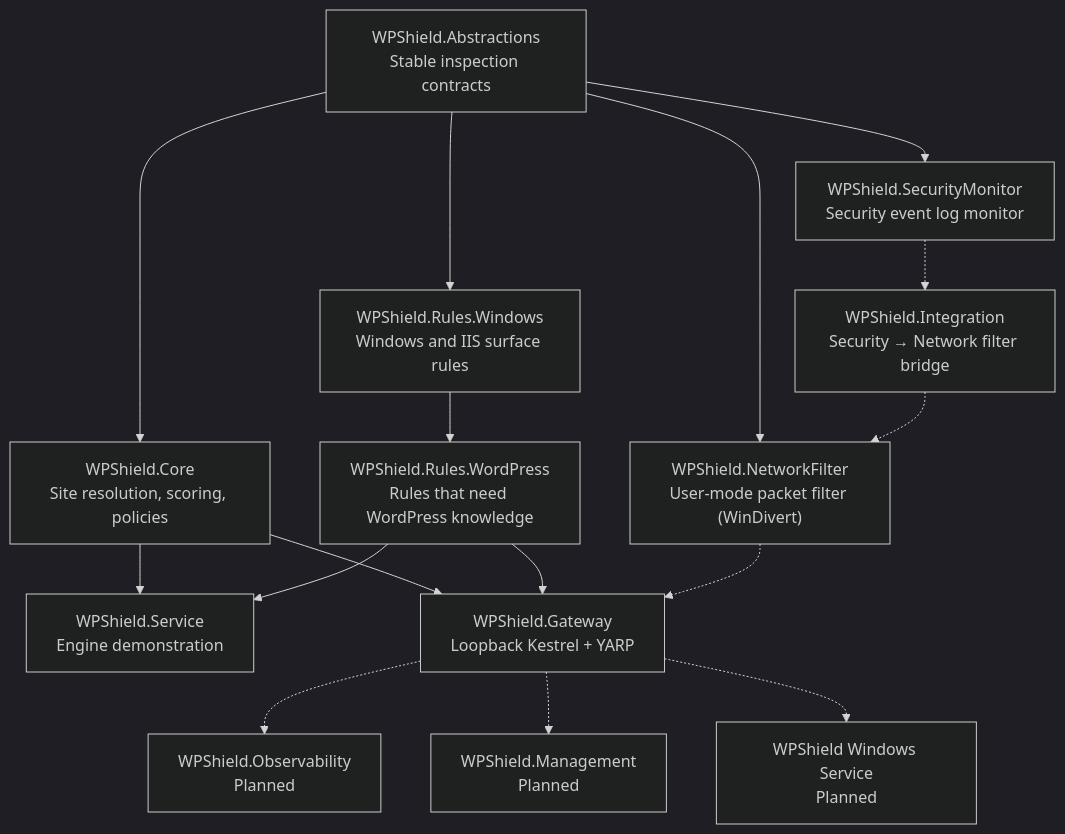
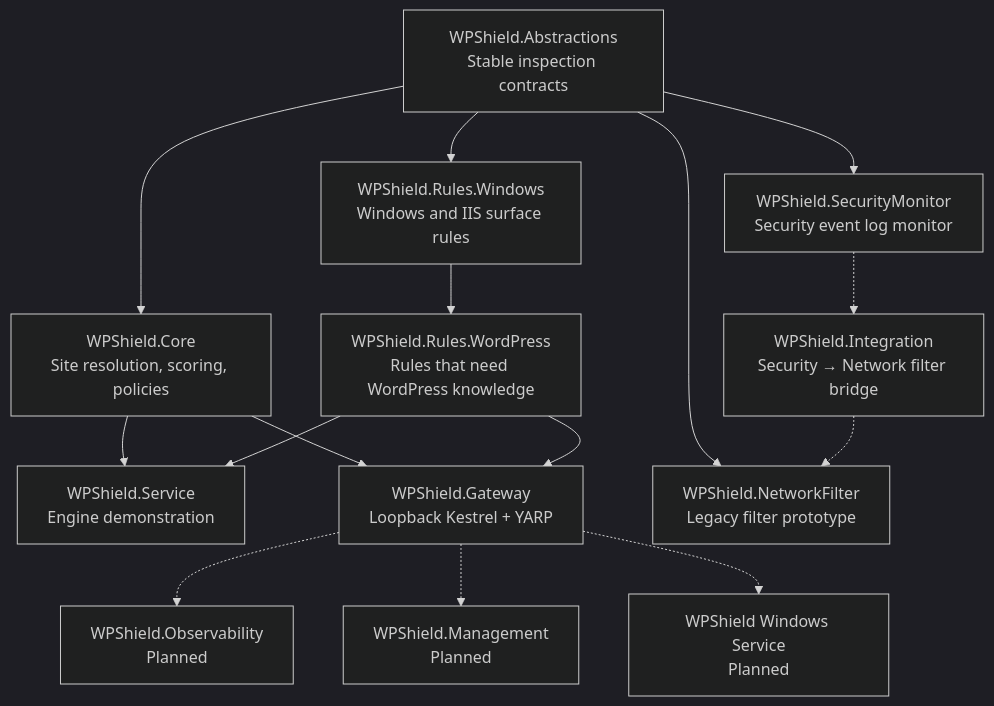
Before and after one commit to peopleworks/WPShield: the first of 3 diagrams in README.md, drawn with Mermaid (dark theme). The commit also changed other lines of this file and 16 other files, not shown here.

````diff
--- a/README.md
+++ b/README.md
@@ -225,31 +225,30 @@
 ```mermaid
 flowchart TB
     A["WPShield.Abstractions<br/>Stable inspection contracts"]
     C["WPShield.Core<br/>Site resolution, scoring, policies"]
     RW["WPShield.Rules.Windows<br/>Windows and IIS surface rules"]
     R["WPShield.Rules.WordPress<br/>Rules that need WordPress knowledge"]
     S["WPShield.Service<br/>Engine demonstration"]
     G["WPShield.Gateway<br/>Loopback Kestrel + YARP"]
-    NF["WPShield.NetworkFilter<br/>User-mode packet filter (WinDivert)"]
+    NF["WPShield.NetworkFilter<br/>Legacy filter prototype"]
     SM["WPShield.SecurityMonitor<br/>Security event log monitor"]
     IN["WPShield.Integration<br/>Security → Network filter bridge"]
     O["WPShield.Observability<br/>Planned"]
     M["WPShield.Management<br/>Planned"]
     W["WPShield Windows Service<br/>Planned"]
 
     A --> C
     A --> RW
     A --> NF
     A --> SM
     RW --> R
     C --> S
     C --> G
     R --> S
     R --> G
-    NF -.-> G
     SM -.-> IN
     IN -.-> NF
     G -.-> O
     G -.-> M
     G -.-> W
 ```
````
